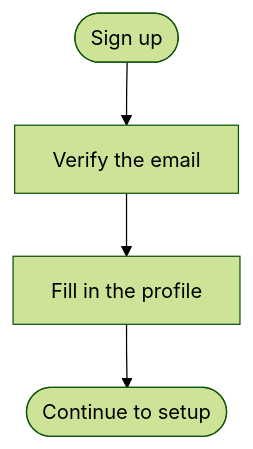
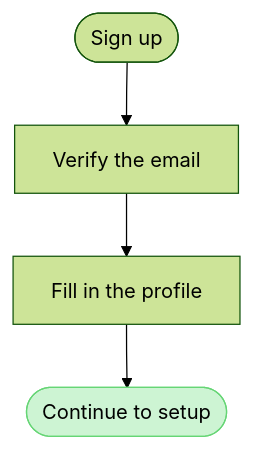
The fifth of 6 diagrams in sk-create-figjam/assets/flow-templates.md (MichelKerkmeester/product-owner_create-tickets-and-stories), drawn with Mermaid (forest theme) before and after one commit. The commit also changed other lines of this file and 146 other files, not shown here.

````diff
--- a/sk-create-figjam/assets/flow-templates.md
+++ b/sk-create-figjam/assets/flow-templates.md
@@ -93,6 +115,7 @@
 ```mermaid
 flowchart TD
     start([Sign up]) --> verify[Verify the email]
     verify --> profile[Fill in the profile]
     profile --> handoff([Continue to setup])
+    style handoff fill:#CDF4D3,stroke:#66D575
 ```
````
